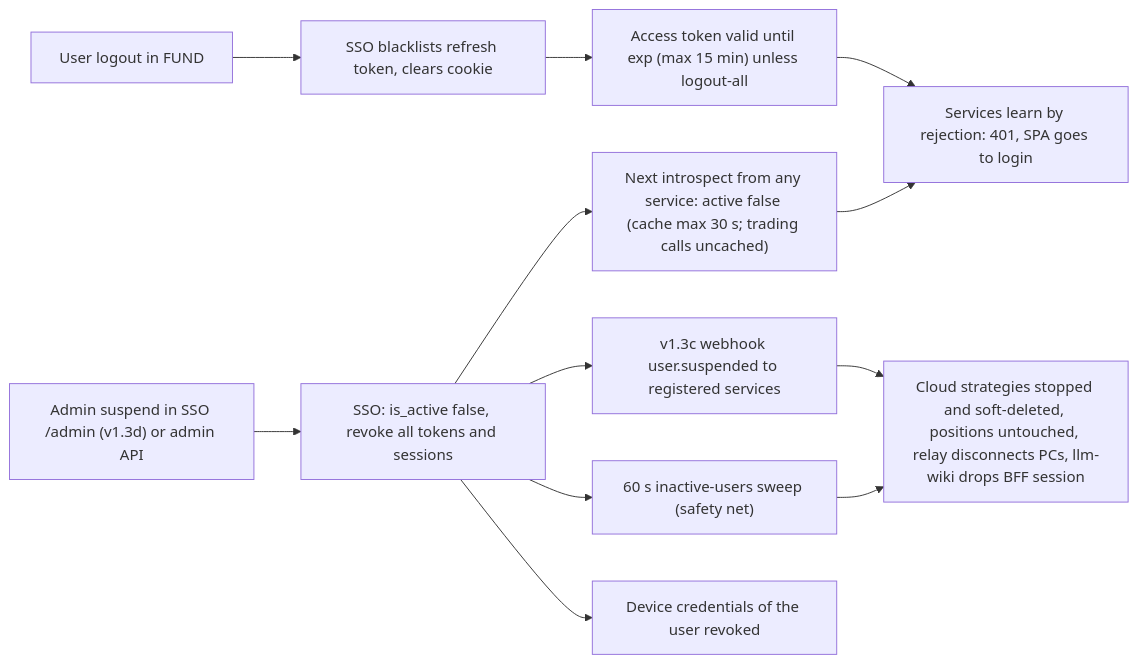
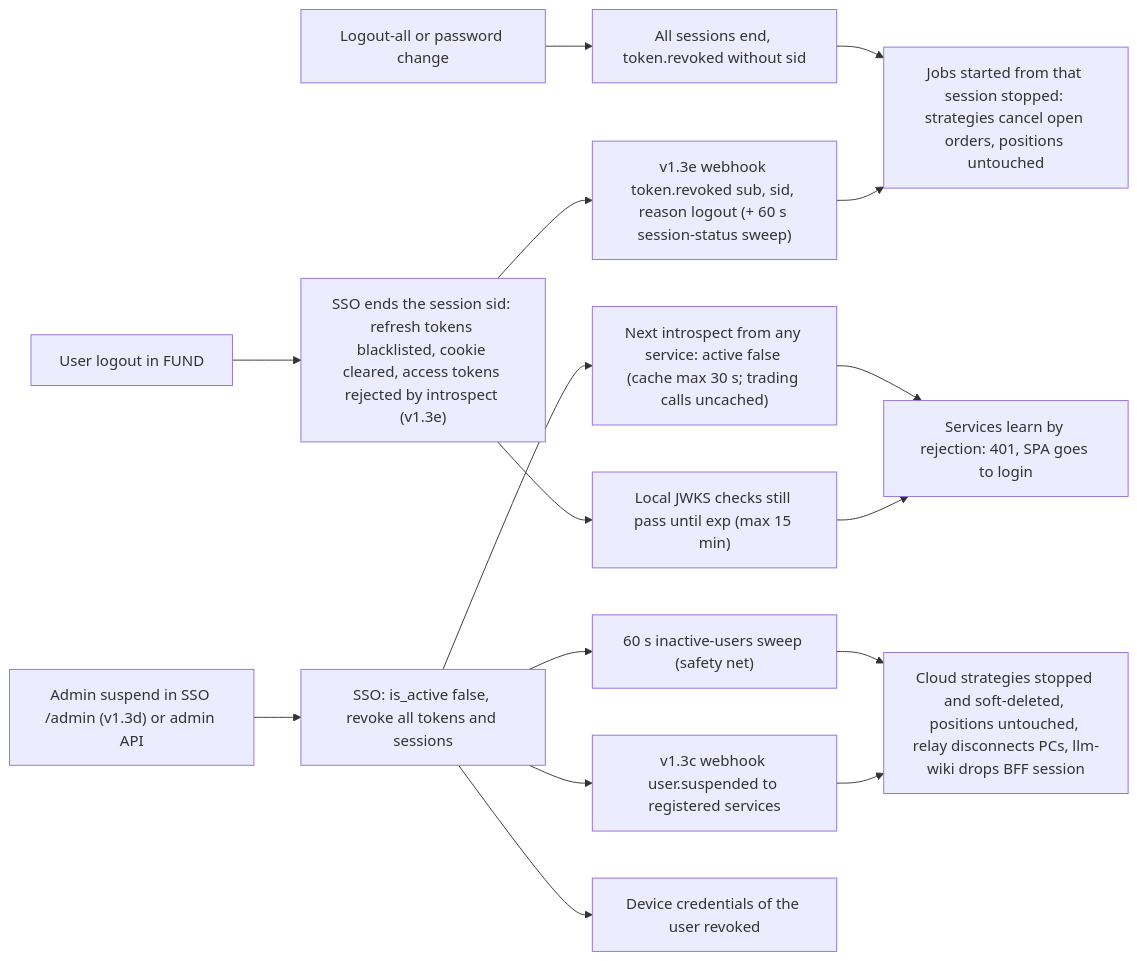
One commit to Neural-Matrix-LLC/SSO-server changed diagram 17 of 18 in docs/ECOSYSTEM-INTEGRATION.md. Above: the diagram before and after it, drawn with Mermaid. The commit also changed other lines of this file and 17 other files, not shown here.

````diff
--- a/docs/ECOSYSTEM-INTEGRATION.md
+++ b/docs/ECOSYSTEM-INTEGRATION.md
@@ -855,14 +869,18 @@
 ```mermaid
 flowchart LR
-  L["User logout in FUND"] --> R1["SSO blacklists refresh token, clears cookie"]
-  R1 --> R2["Access token valid until exp (max 15 min) unless logout-all"]
+  L["User logout in FUND"] --> R1["SSO ends the session sid: refresh tokens blacklisted, cookie cleared, access tokens rejected by introspect (v1.3e)"]
+  R1 --> R2["Local JWKS checks still pass until exp (max 15 min)"]
+  R1 --> R3["v1.3e webhook token.revoked sub, sid, reason logout (+ 60 s session-status sweep)"]
+  R3 --> R4["Jobs started from that session stopped: strategies cancel open orders, positions untouched"]
+  P["Logout-all or password change"] --> P1["All sessions end, token.revoked without sid"]
+  P1 --> R4
   S["Admin suspend in SSO /admin (v1.3d) or admin API"] --> S1["SSO: is_active false, revoke all tokens and sessions"]
   S1 --> S2["Next introspect from any service: active false (cache max 30 s; trading calls uncached)"]
   S1 --> S3["v1.3c webhook user.suspended to registered services"]
   S1 --> S5["60 s inactive-users sweep (safety net)"]
   S1 --> S6["Device credentials of the user revoked"]
   S3 --> S4["Cloud strategies stopped and soft-deleted, positions untouched, relay disconnects PCs, llm-wiki drops BFF session"]
   S5 --> S4
   R2 --> X["Services learn by rejection: 401, SPA goes to login"]
   S2 --> X
 ```
````
